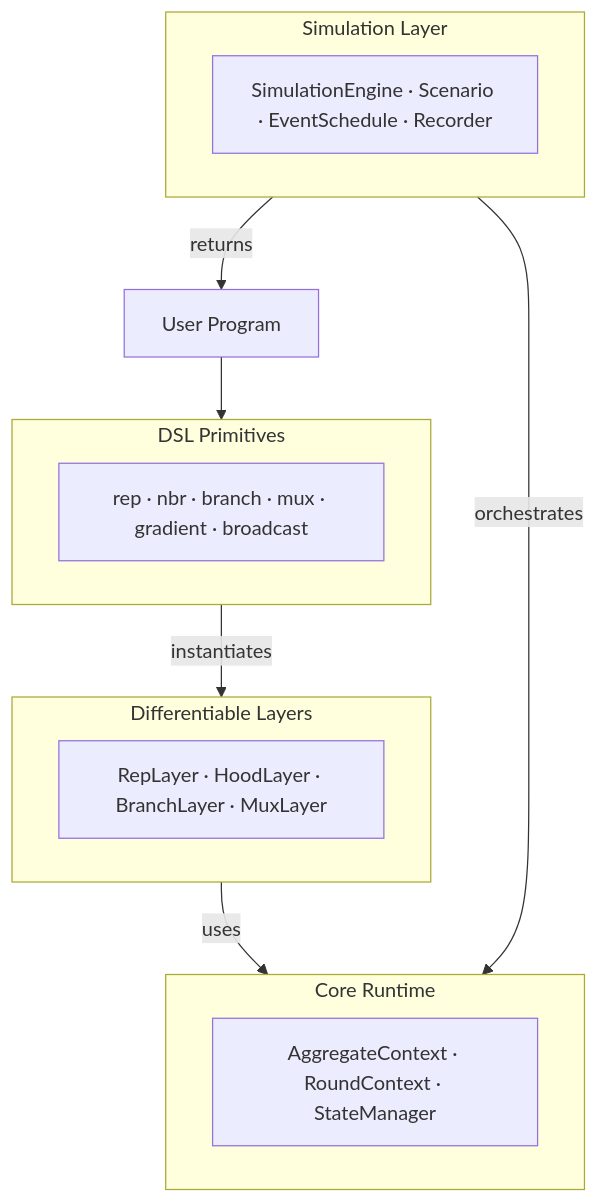
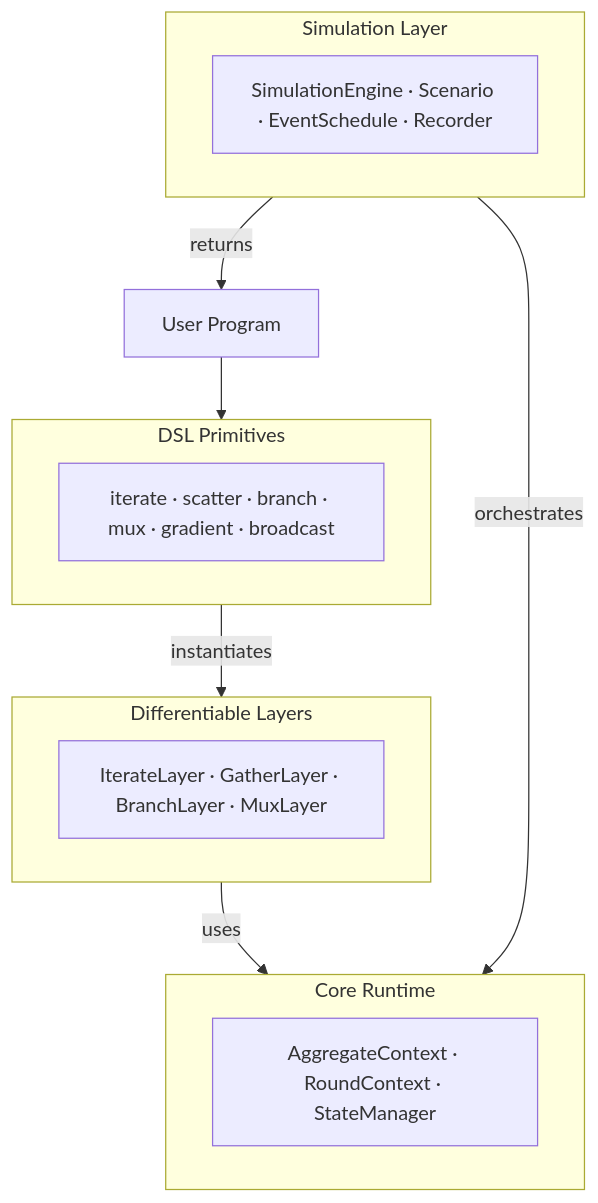
The diagram in README.md (cric96/DifField), drawn with Mermaid before and after one commit. The commit also changed other lines of this file and 48 other files, not shown here.

````diff
--- a/README.md
+++ b/README.md
@@ -59,28 +59,28 @@
 ```mermaid
 flowchart TB
     subgraph DSL["DSL Primitives"]
         direction LR
-        DSL_API["rep · nbr · branch · mux · gradient · broadcast"]
+        DSL_API["iterate · scatter · branch · mux · gradient · broadcast"]
     end
 
     subgraph Layers["Differentiable Layers"]
         direction LR
-        LAYERS_API["RepLayer · HoodLayer · BranchLayer · MuxLayer"]
+        LAYERS_API["IterateLayer · GatherLayer · BranchLayer · MuxLayer"]
     end
 
     subgraph Core["Core Runtime"]
         direction LR
         CORE_API["AggregateContext · RoundContext · StateManager"]
     end
 
     subgraph Sim["Simulation Layer"]
         direction LR
         SIM_API["SimulationEngine · Scenario · EventSchedule · Recorder"]
     end
 
     User["User Program"] --> DSL
     DSL -->|"instantiates"| Layers
     Layers -->|"uses"| Core
     Sim -->|"orchestrates"| Core
     Sim -->|"returns"| User
 ```
````
